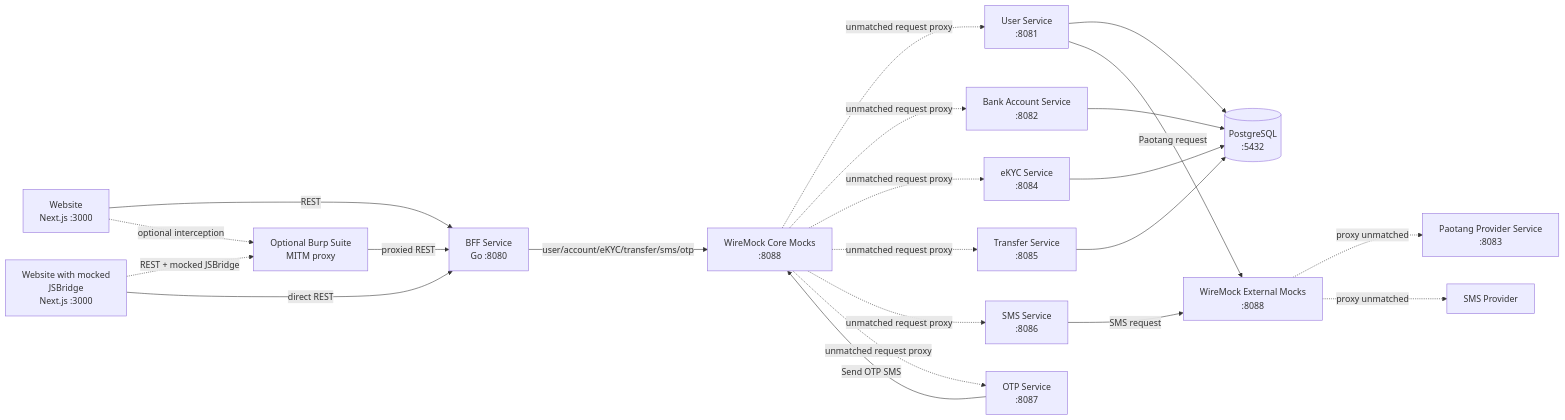
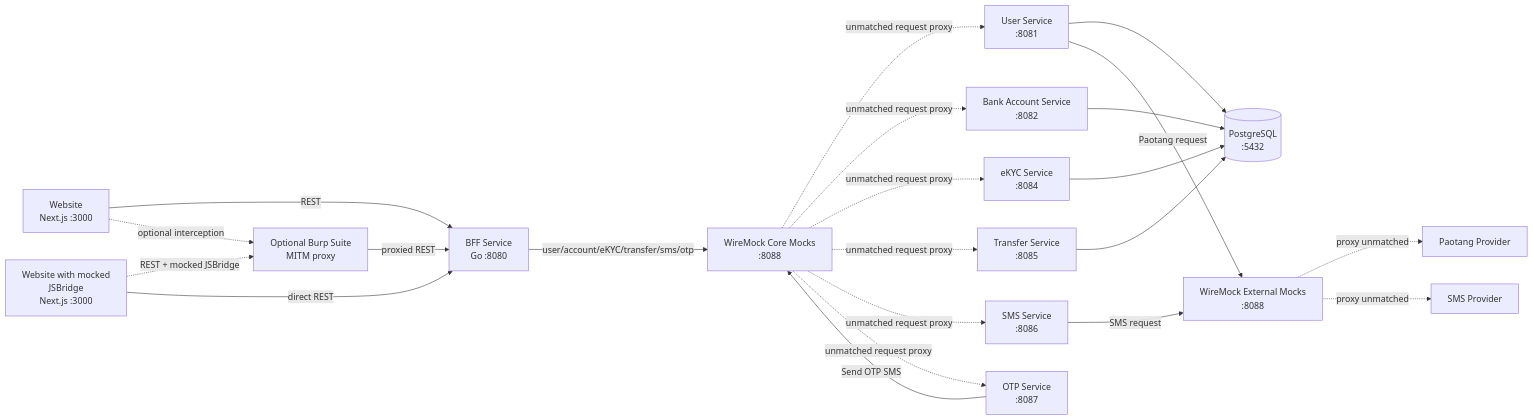
One commit to SiwakornSitti/ultra-smoooooth-testing changed the second of 3 diagrams in SYSTEM-ARCHITECTURE.md. Above: the diagram before and after it, drawn with Mermaid. The commit also changed other lines of this file and 11 other files, not shown here.

Commit message:
refactor: remove paotang-service core container and configure Paotang Provider as external provider

````diff
--- a/SYSTEM-ARCHITECTURE.md
+++ b/SYSTEM-ARCHITECTURE.md
@@ -63,45 +63,45 @@
 ```mermaid
 flowchart LR
     Browser[Website\nNext.js :3000]
     BridgeWebsite[Website with mocked\nJSBridge\nNext.js :3000]
     Burp[Optional Burp Suite\nMITM proxy]
     BFF[BFF Service\nGo :8080]
 
     User[User Service\n:8081]
     Account[Bank Account Service\n:8082]
     EKYC[eKYC Service\n:8084]
     Transfer[Transfer Service\n:8085]
     SMS[SMS Service\n:8086]
     OTP[OTP Service\n:8087]
-    PaotangSvc[Paotang Provider Service\n:8083]
 
     DB[(PostgreSQL\n:5432)]
     MockCore[WireMock Core Mocks\n:8088]
     MockExternal[WireMock External Mocks\n:8088]
+    PaotangProvider[Paotang Provider]
     SMSProvider[SMS Provider]
 
     Browser -->|REST| BFF
     BridgeWebsite -.->|REST + mocked JSBridge| Burp
     BridgeWebsite -->|direct REST| BFF
     Burp -->|proxied REST| BFF
     Browser -.->|optional interception| Burp
 
     BFF -->|user/account/eKYC/transfer/sms/otp| MockCore
 
     MockCore -.->|unmatched request proxy| User
     MockCore -.->|unmatched request proxy| Account
     MockCore -.->|unmatched request proxy| EKYC
     MockCore -.->|unmatched request proxy| Transfer
     MockCore -.->|unmatched request proxy| SMS
     MockCore -.->|unmatched request proxy| OTP
 
     User --> DB
     Account --> DB
     EKYC --> DB
     Transfer --> DB
     User -->|Paotang request| MockExternal
     OTP -->|Send OTP SMS| MockCore
     SMS -->|SMS request| MockExternal
-    MockExternal -.->|proxy unmatched| PaotangSvc
+    MockExternal -.->|proxy unmatched| PaotangProvider
     MockExternal -.->|proxy unmatched| SMSProvider
 ```
````
